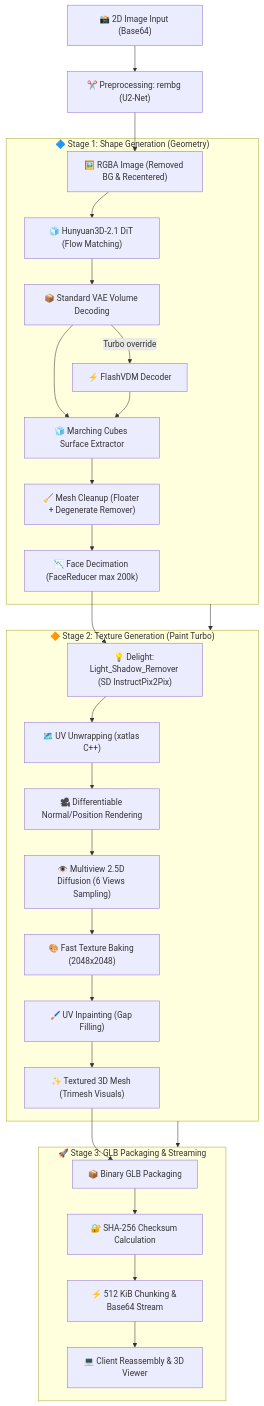
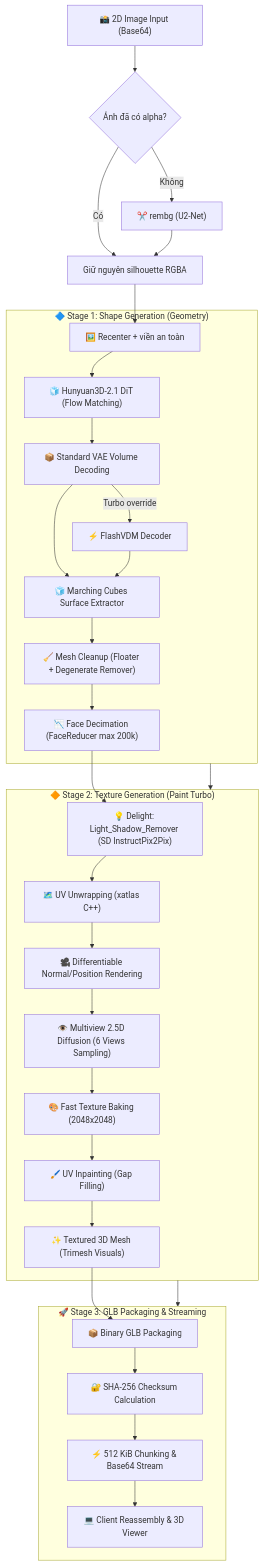
One commit to yuika-sama/3d_hunyuan_be_test changed the diagram in README.md. Above: the diagram before and after it, drawn with Mermaid. The commit also changed other lines of this file and 2 other files, not shown here.

Commit message:
fix: preserve alpha details in shape input

````diff
--- a/README.md
+++ b/README.md
@@ -9,35 +9,38 @@
 ```mermaid
 flowchart TD
-    A["📸 2D Image Input (Base64)"] --> B["✂️ Preprocessing: rembg (U2-Net)"]
-    B --> C["🖼️ RGBA Image (Removed BG & Recentered)"]
+    A["📸 2D Image Input (Base64)"] --> B{"Ảnh đã có alpha?"}
+    B -->|Có| C["Giữ nguyên silhouette RGBA"]
+    B -->|Không| B2["✂️ rembg (U2-Net)"]
+    B2 --> C
+    C --> C2["🖼️ Recenter + viền an toàn"]
     
     subgraph SG ["🔷 Stage 1: Shape Generation (Geometry)"]
-        C --> D["🧊 Hunyuan3D-2.1 DiT (Flow Matching)"]
+        C2 --> D["🧊 Hunyuan3D-2.1 DiT (Flow Matching)"]
         D --> E["📦 Standard VAE Volume Decoding"]
         E -->|Turbo override| E_FB["⚡ FlashVDM Decoder"]
         E --> F["🧊 Marching Cubes Surface Extractor"]
         E_FB --> F
         F --> G["🧹 Mesh Cleanup (Floater + Degenerate Remover)"]
         G --> H["📉 Face Decimation (FaceReducer max 200k)"]
     end
 
     subgraph TG ["🔶 Stage 2: Texture Generation (Paint Turbo)"]
         H --> I["💡 Delight: Light_Shadow_Remover (SD InstructPix2Pix)"]
         I --> J["🗺️ UV Unwrapping (xatlas C++)"]
         J --> K["🎥 Differentiable Normal/Position Rendering"]
         K --> L["👁️ Multiview 2.5D Diffusion (6 Views Sampling)"]
         L --> M["🎨 Fast Texture Baking (2048x2048)"]
         M --> N["🖌️ UV Inpainting (Gap Filling)"]
         N --> O["✨ Textured 3D Mesh (Trimesh Visuals)"]
     end
 
     subgraph EXP ["🚀 Stage 3: GLB Packaging & Streaming"]
         O --> P["📦 Binary GLB Packaging"]
         P --> Q["🔐 SHA-256 Checksum Calculation"]
         Q --> R["⚡ 512 KiB Chunking & Base64 Stream"]
         R --> S["💻 Client Reassembly & 3D Viewer"]
     end
 
     SG --> TG
     TG --> EXP
 ```
````
